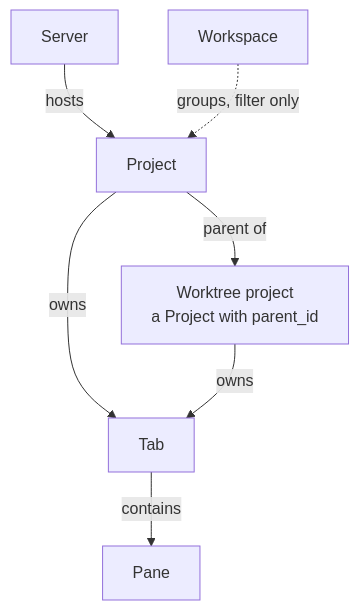
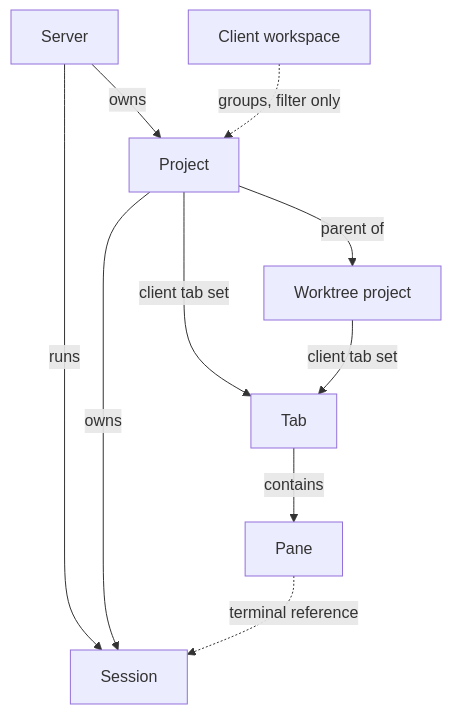
The diagram in docs/product/product-model.md (guppylab/muxy), drawn with Mermaid before and after one commit. The commit also changed other lines of this file and 196 other files, not shown here.

````diff
--- a/docs/product/product-model.md
+++ b/docs/product/product-model.md
@@ -8,16 +9,12 @@
 ```mermaid
 flowchart TB
-    SERVER["Server"]
-    WORKSPACE["Workspace"]
-    PROJECT["Project"]
-    WORKTREE["Worktree project<br/>a Project with parent_id"]
-    TAB["Tab"]
-    PANE["Pane"]
-
-    SERVER -->|"hosts"| PROJECT
-    WORKSPACE -.->|"groups, filter only"| PROJECT
-    PROJECT -->|"parent of"| WORKTREE
-    PROJECT -->|"owns"| TAB
-    WORKTREE -->|"owns"| TAB
-    TAB -->|"contains"| PANE
+    SERVER["Server"] -->|"owns"| PROJECT["Project"]
+    SERVER -->|"runs"| SESSION["Session"]
+    PROJECT -->|"owns"| SESSION
+    WORKSPACE["Client workspace"] -.->|"groups, filter only"| PROJECT
+    PROJECT -->|"parent of"| CHILD["Worktree project"]
+    PROJECT -->|"client tab set"| TAB["Tab"]
+    CHILD -->|"client tab set"| TAB
+    TAB -->|"contains"| PANE["Pane"]
+    PANE -.->|"terminal reference"| SESSION
 ```
````
